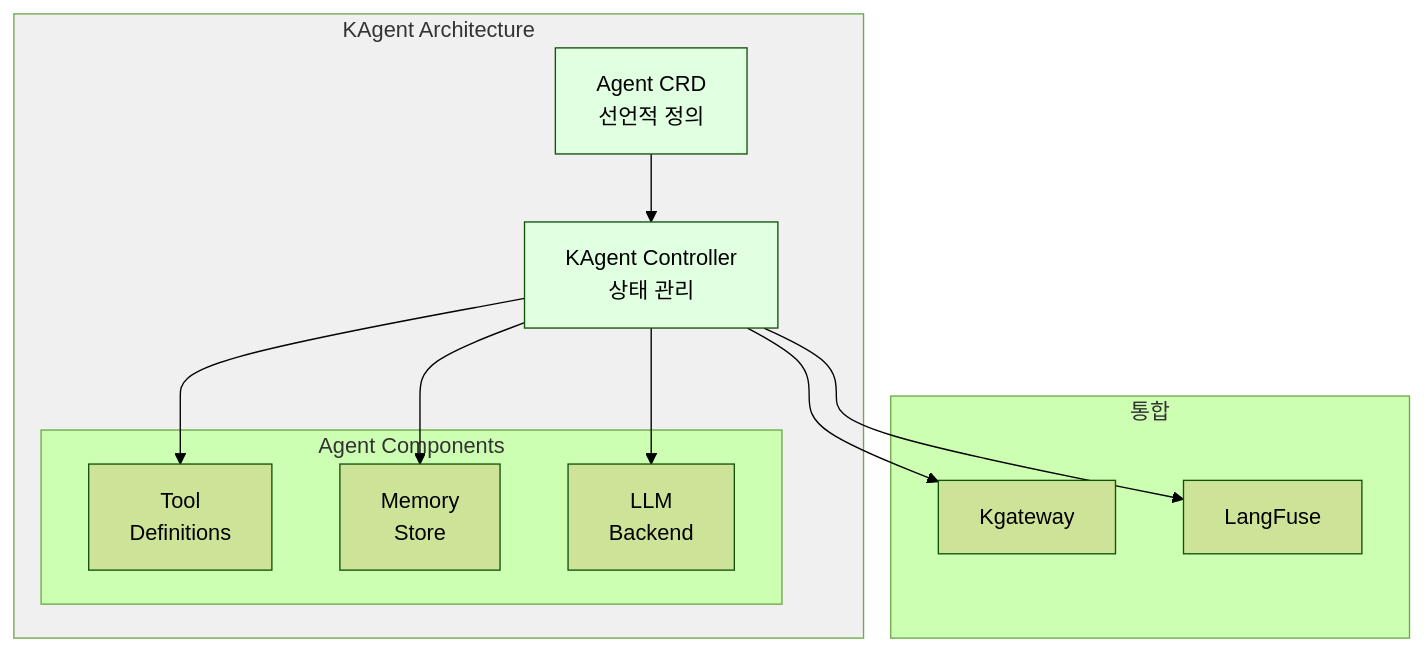
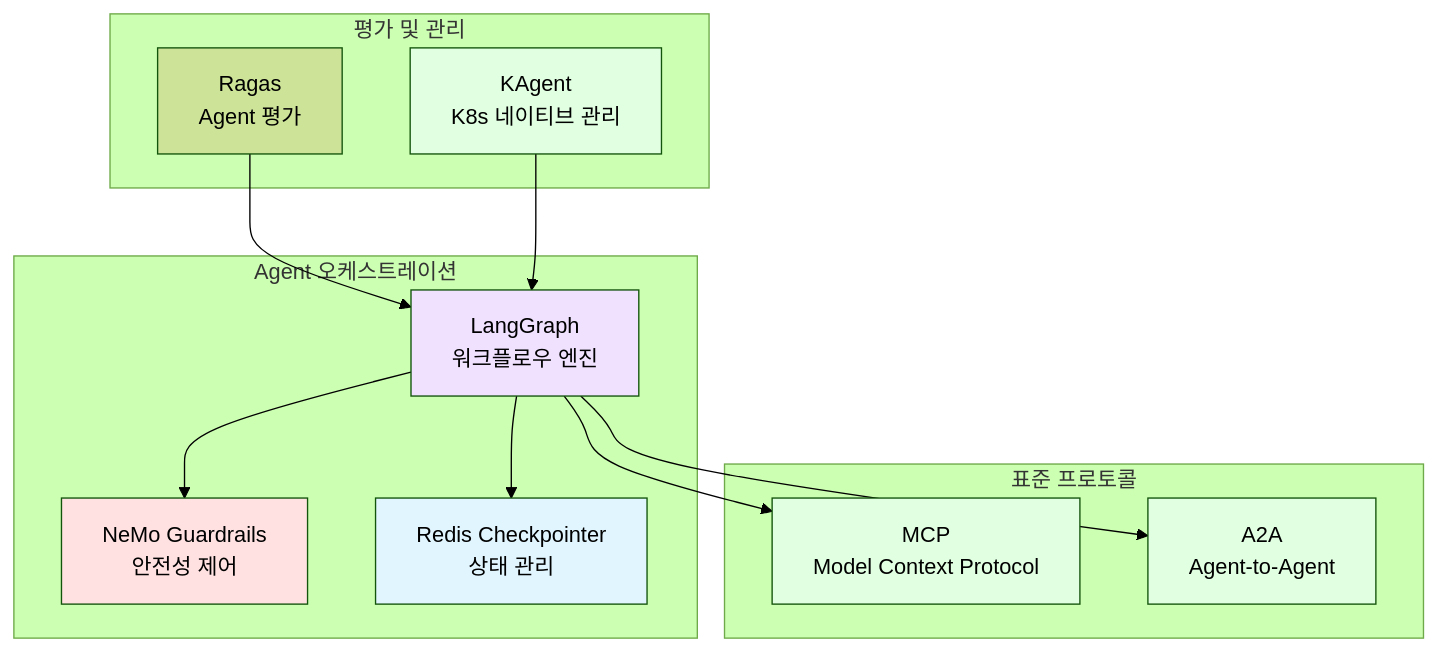
The eighth of 16 diagrams in docs/agentic-ai-platform/design-architecture/agentic-ai-challenges.md (devfloor9/engineering-playbook), drawn with Mermaid (forest theme) before and after one commit. The commit also changed other lines of this file and 21 other files, not shown here.

````diff
--- a/docs/agentic-ai-platform/design-architecture/agentic-ai-challenges.md
+++ b/docs/agentic-ai-platform/design-architecture/agentic-ai-challenges.md
@@ -348,29 +429,32 @@
 ```mermaid
 flowchart TD
-    subgraph KAgent["KAgent Architecture"]
-        CRD["Agent CRD<br/>선언적 정의"]
-        CTRL["KAgent Controller<br/>상태 관리"]
-
-        subgraph Components["Agent Components"]
-            TOOL["Tool<br/>Definitions"]
-            MEM["Memory<br/>Store"]
-            LLM["LLM<br/>Backend"]
-        end
+    subgraph AgentOrch["Agent 오케스트레이션"]
+        LG["LangGraph<br/>워크플로우 엔진"]
+        GUARD["NeMo Guardrails<br/>안전성 제어"]
+        STATE["Redis Checkpointer<br/>상태 관리"]
     end
 
-    subgraph Integration["통합"]
-        KGW["Kgateway"]
-        OBS["LangFuse"]
+    subgraph Standards["표준 프로토콜"]
+        MCP["MCP<br/>Model Context Protocol"]
+        A2A["A2A<br/>Agent-to-Agent"]
     end
 
-    CRD --> CTRL
-    CTRL --> TOOL
-    CTRL --> MEM
-    CTRL --> LLM
-    CTRL --> KGW
-    CTRL --> OBS
+    subgraph Evaluation["평가 및 관리"]
+        RAGAS["Ragas<br/>Agent 평가"]
+        KAGENT["KAgent<br/>K8s 네이티브 관리"]
+    end
 
-    style CRD fill:#e1ffe1
-    style CTRL fill:#e1ffe1
-    style KAgent fill:#f0f0f0
+    LG --> GUARD
+    LG --> STATE
+    LG --> MCP
+    LG --> A2A
+    RAGAS --> LG
+    KAGENT --> LG
+
+    style LG fill:#f0e1ff
+    style GUARD fill:#ffe1e1
+    style STATE fill:#e1f5ff
+    style MCP fill:#e1ffe1
+    style A2A fill:#e1ffe1
+    style KAGENT fill:#e1ffe1
 ```
````
